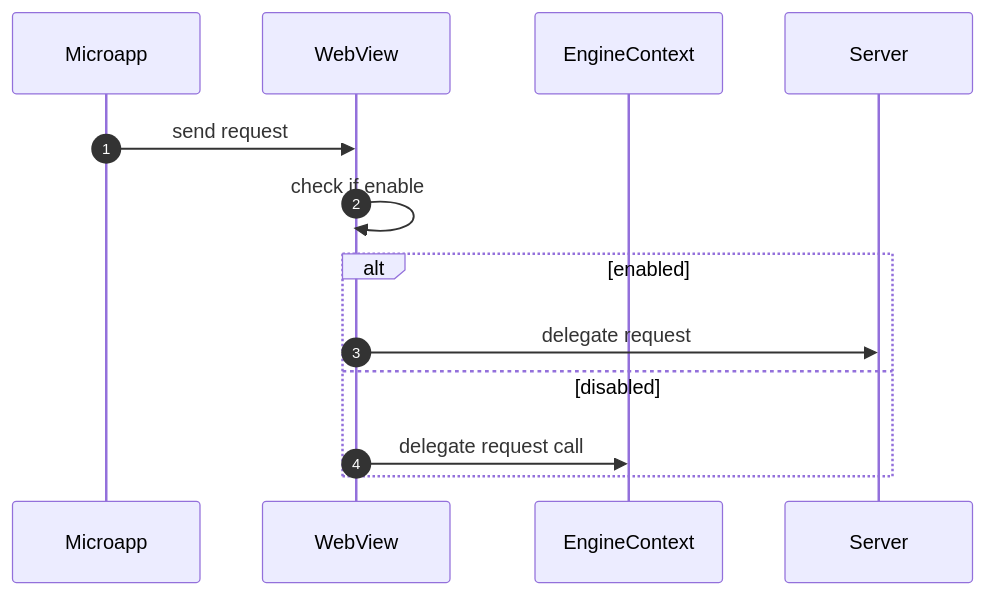
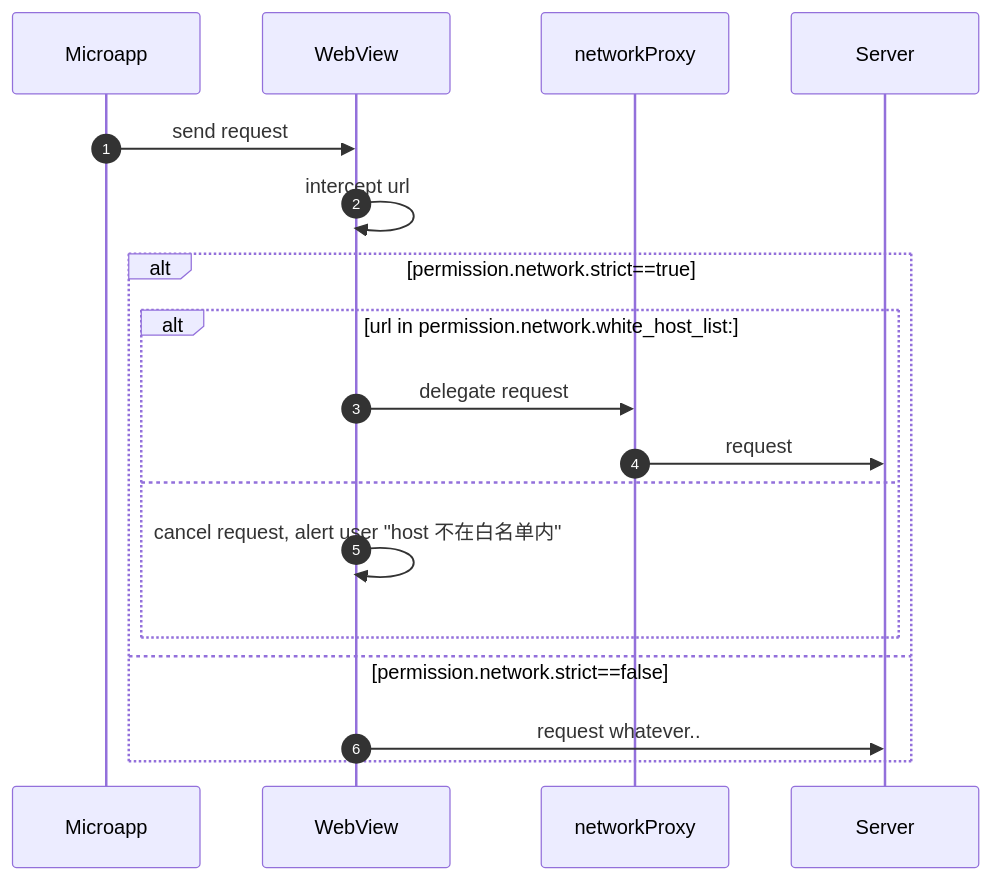
Before and after one commit to zk4/x-engine: the sixth of 6 diagrams in modules/x-engine-docs/todos-1.0.md, drawn with Mermaid. The commit also changed other lines of this file, not shown here.

````diff
--- a/modules/x-engine-docs/todos-1.0.md
+++ b/modules/x-engine-docs/todos-1.0.md
@@ -428,16 +457,21 @@
 ``` mermaid
 sequenceDiagram
 	  autonumber
     participant m as Microapp
     participant w as WebView
-    participant e as EngineContext
+    participant e as networkProxy
     participant s as Server
     m->>w: send request
-    w->>w: check if enable
-    alt enabled
-    w->>s: delegate request
-    else disabled
-    w->>e: delegate request call    	
+    w->>w: intercept url
+    alt permission.network.strict==true
+    alt url in permission.network.white_host_list:
+    w->>e: delegate request
+	  e->>s: request
+	  else
+	  w->>w: cancel request, alert user "host 不在白名单内"
+	  end
+    else permission.network.strict==false
+  w->>s: request whatever..
     end
 
 ```
````
